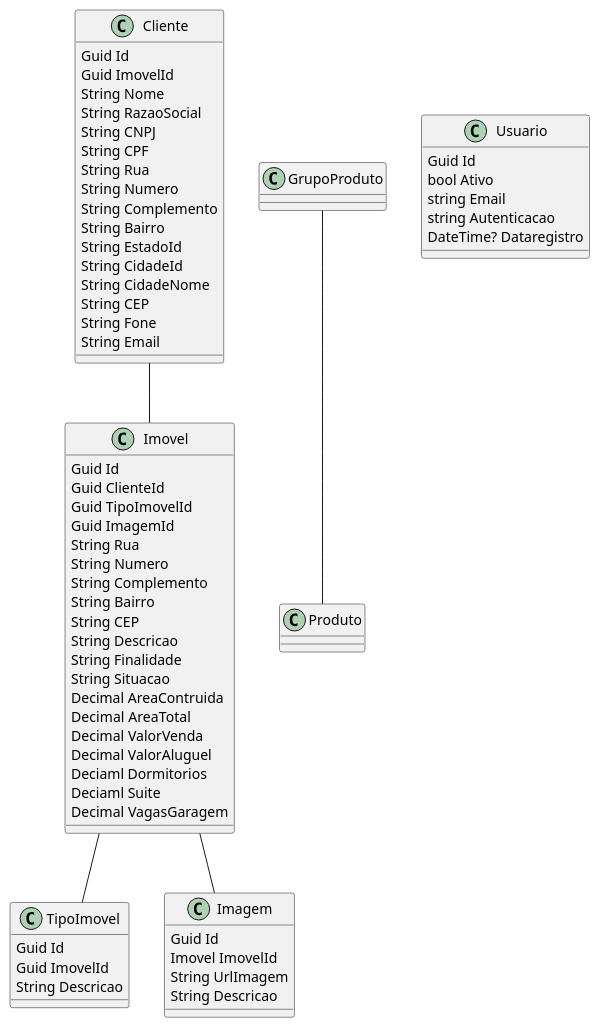
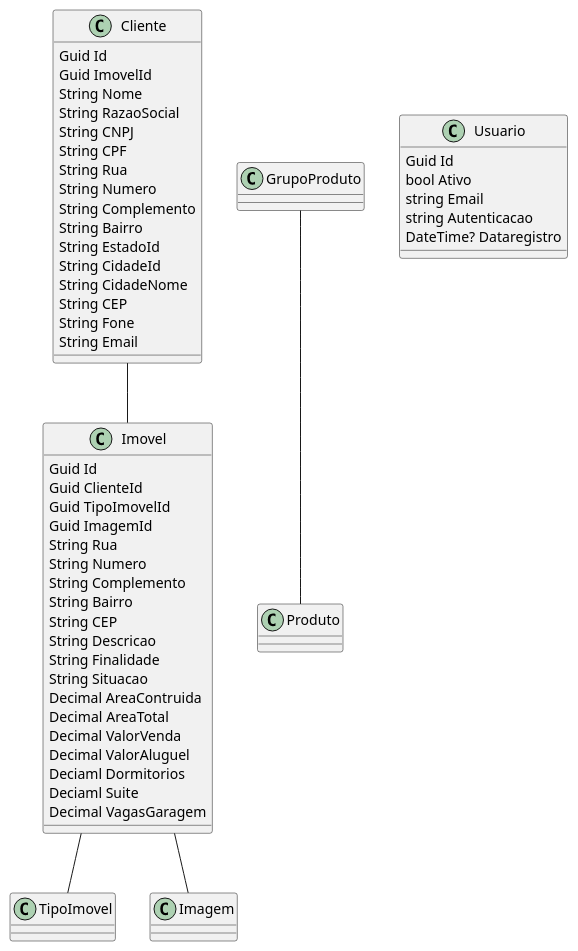
The diagram in diagrama-classes.wsd (vagnersilvas/ustart-api-inicial), drawn with PlantUML before and after one commit. The commit also changed 14 other files, not shown here.

```diff
--- a/diagrama-classes.wsd
+++ b/diagrama-classes.wsd
@@ -1,72 +1,72 @@
 @startuml Diagrama de classes Botrix Ações
 
 Cliente -- Imovel
 Imovel -- TipoImovel
 Imovel -- Imagem
 
 
 
 GrupoProduto -- Produto
 
 class Usuario{
     Guid Id
     bool Ativo
     string Email
     string Autenticacao    
     DateTime? Dataregistro                
 }
 
 class Cliente{
     Guid Id
     Guid ImovelId
     String Nome
     String RazaoSocial
     String CNPJ
     String CPF
     String Rua
     String Numero
     String Complemento
     String Bairro
     String EstadoId
     String CidadeId
     String CidadeNome
     String CEP
     String Fone
     String Email
 }
 class Imovel {
     Guid Id
     Guid ClienteId
     Guid TipoImovelId
     Guid ImagemId
     String Rua
     String Numero
     String Complemento
     String Bairro
     String CEP
     String Descricao
     String Finalidade
     String Situacao
     Decimal AreaContruida
     Decimal AreaTotal
     Decimal ValorVenda
     Decimal ValorAluguel
     Deciaml Dormitorios
     Deciaml Suite
     Decimal VagasGaragem
 }
 
-class TipoImovel{
-    Guid Id
-    Guid ImovelId
-    String Descricao
-}
+' class TipoImovel{
+'     Guid Id
+'     Guid ImovelId
+'     String Descricao
+' }
 
-class Imagem{
-    Guid Id
-    Imovel ImovelId
-    String UrlImagem
-    String Descricao
-}
+' class Imagem{
+'     Guid Id
+'     Imovel ImovelId
+'     String UrlImagem
+'     String Descricao
+' }
 
 @enduml
```
